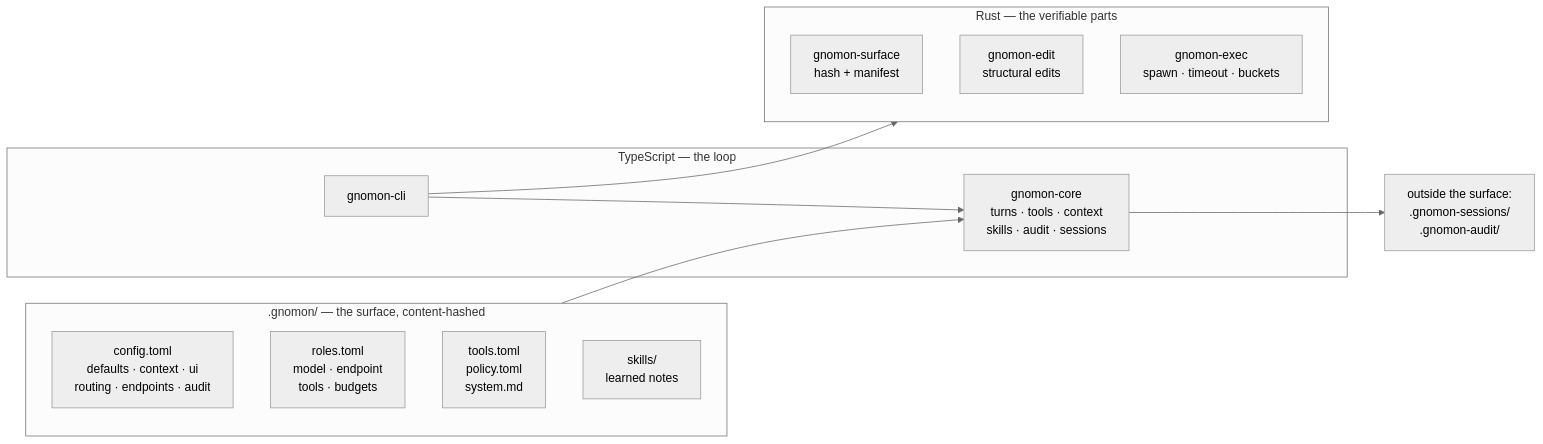
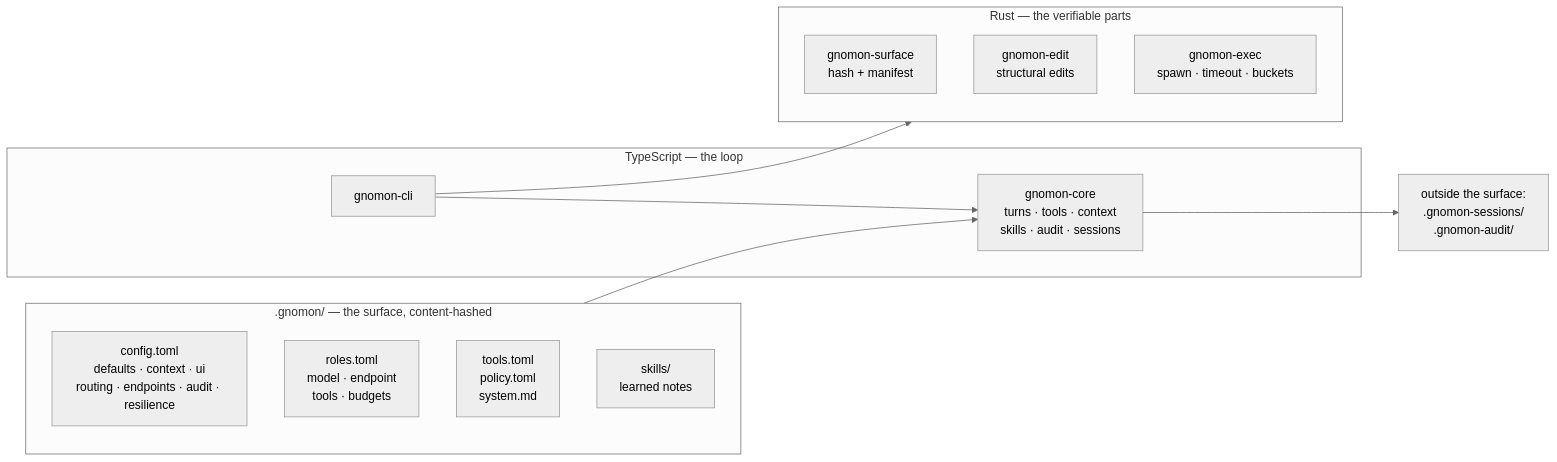
Before and after one commit to eljaplacido/gnomonharness: the second of 2 diagrams in README.md, drawn with Mermaid (neutral theme). The commit also changed other lines of this file and 6 other files, not shown here.

````diff
--- a/README.md
+++ b/README.md
@@ -136,25 +138,25 @@
 ```mermaid
 flowchart LR
     subgraph SURFACE[".gnomon/ — the surface, content-hashed"]
-        S1["config.toml<br/>defaults · context · ui<br/>routing · endpoints · audit"]
+        S1["config.toml<br/>defaults · context · ui<br/>routing · endpoints · audit · resilience"]
         S2["roles.toml<br/>model · endpoint<br/>tools · budgets"]
         S3["tools.toml<br/>policy.toml<br/>system.md"]
         S4["skills/<br/>learned notes"]
     end
 
     subgraph TS["TypeScript — the loop"]
         T1["gnomon-core<br/>turns · tools · context<br/>skills · audit · sessions"]
         T2["gnomon-cli"]
     end
 
     subgraph RS["Rust — the verifiable parts"]
         R1["gnomon-surface<br/>hash + manifest"]
         R2["gnomon-edit<br/>structural edits"]
         R3["gnomon-exec<br/>spawn · timeout · buckets"]
     end
 
     SURFACE --> T1
     T2 --> T1
     T2 --> RS
     T1 --> OUT["outside the surface:<br/>.gnomon-sessions/<br/>.gnomon-audit/"]
 ```
````
